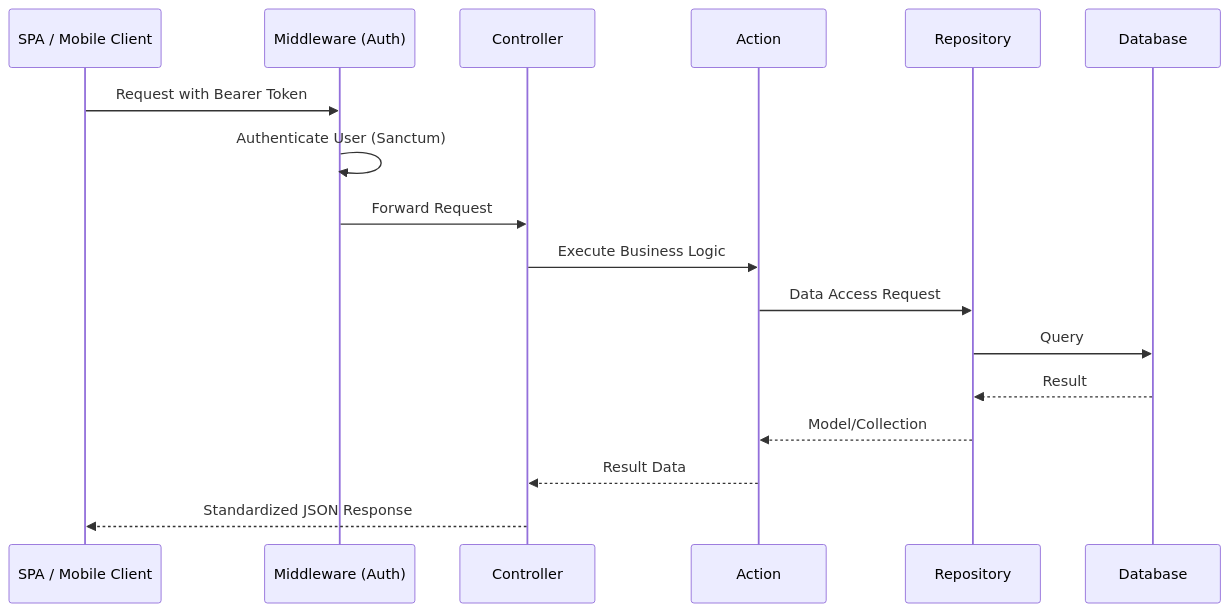
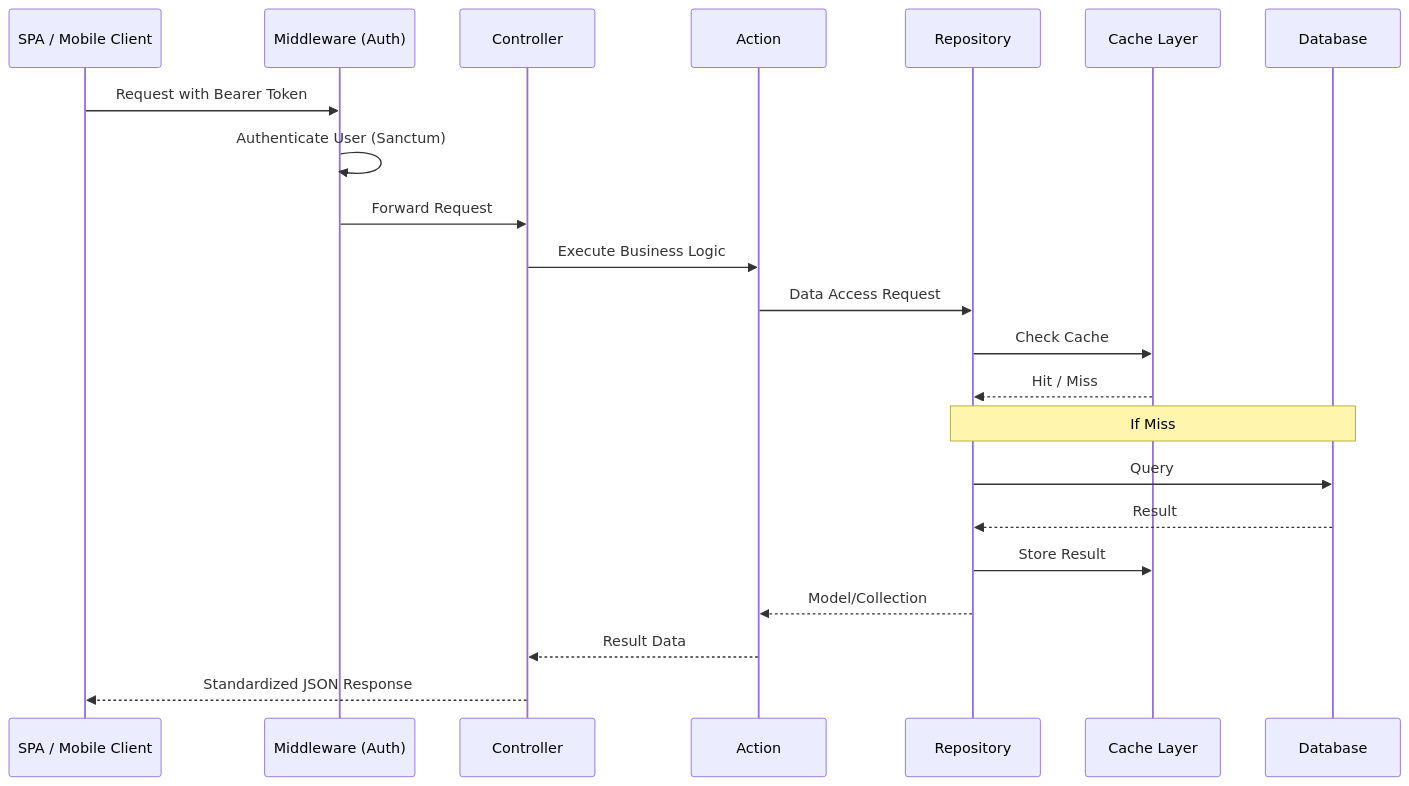
One commit to thomiOmi/laravel-starterkit-api changed the diagram in docs/architecture.md. Above: the diagram before and after it, drawn with Mermaid. The commit also changed other lines of this file and 7 other files, not shown here.

First line of the commit message:
Finalize Enterprise-Ready Core: Architecture, Performance, and Documentation

````diff
--- a/docs/architecture.md
+++ b/docs/architecture.md
@@ -9,20 +9,25 @@
 ```mermaid
 sequenceDiagram
     participant Client as SPA / Mobile Client
     participant Middleware as Middleware (Auth)
     participant Controller as Controller
     participant Action as Action
     participant Repo as Repository
+    participant Cache as Cache Layer
     participant DB as Database
 
     Client->>Middleware: Request with Bearer Token
     Middleware->>Middleware: Authenticate User (Sanctum)
     Middleware->>Controller: Forward Request
     Controller->>Action: Execute Business Logic
     Action->>Repo: Data Access Request
+    Repo->>Cache: Check Cache
+    Cache-->>Repo: Hit / Miss
+    Note over Repo,DB: If Miss
     Repo->>DB: Query
     DB-->>Repo: Result
+    Repo->>Cache: Store Result
     Repo-->>Action: Model/Collection
     Action-->>Controller: Result Data
     Controller-->>Client: Standardized JSON Response
 ```
````
